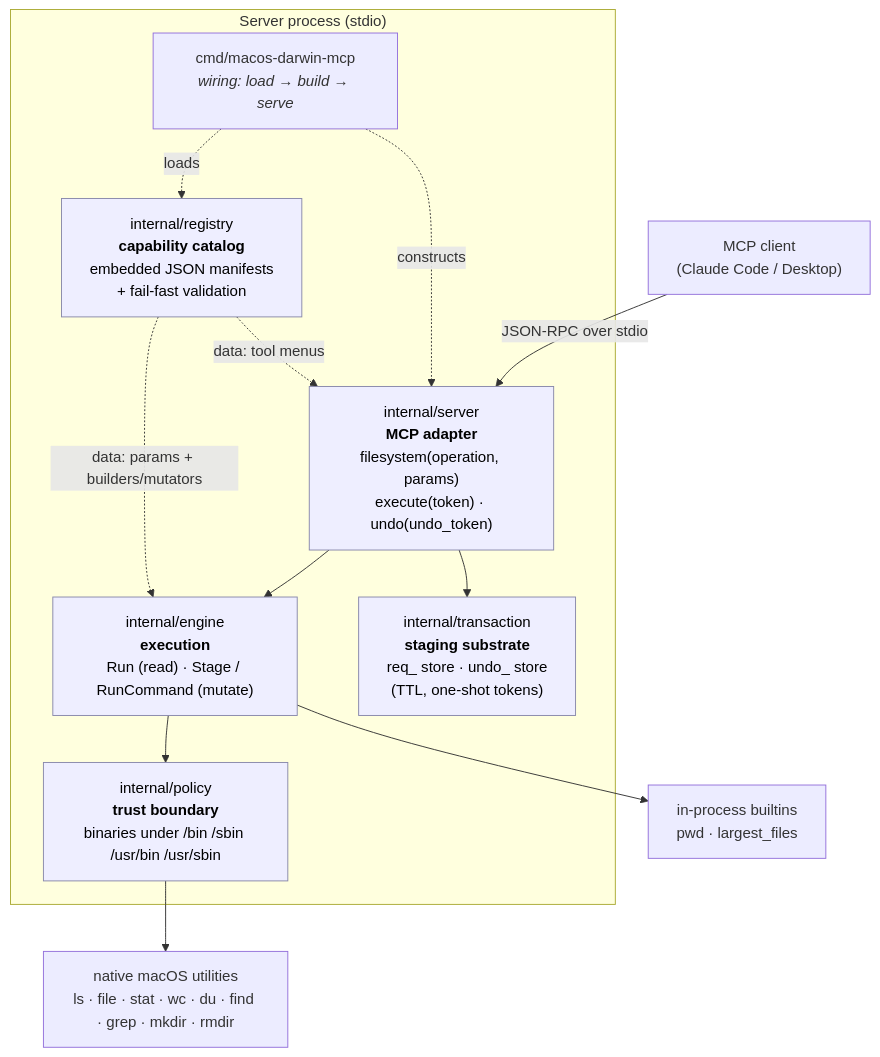
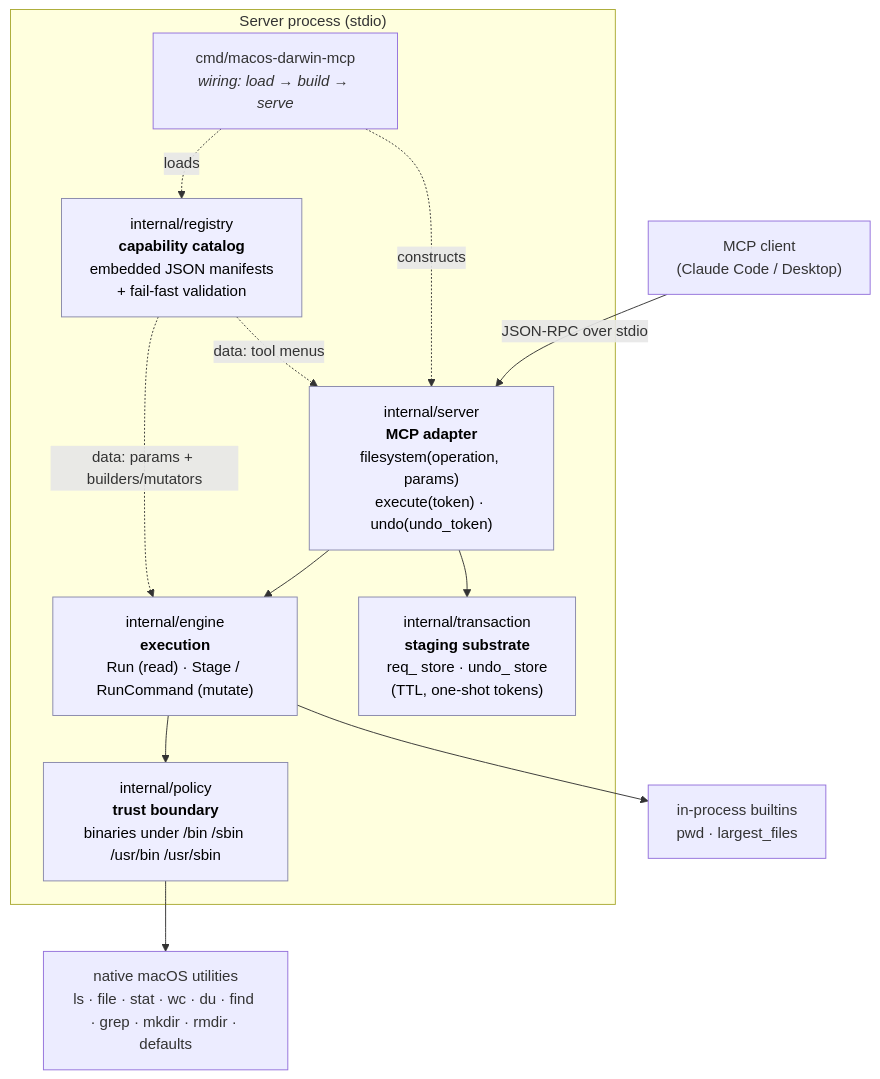
Before and after one commit to kinnoo-project/mcp-server-mac-os: the first of 3 diagrams in README.md, drawn with Mermaid. The commit also changed other lines of this file and 7 other files, not shown here.

````diff
--- a/README.md
+++ b/README.md
@@ -46,30 +47,30 @@
 ```mermaid
 flowchart TD
     Client["MCP client<br/>(Claude Code / Desktop)"]
 
     subgraph proc["Server process (stdio)"]
         Main["cmd/macos-darwin-mcp<br/><i>wiring: load → build → serve</i>"]
         ServerPkg["internal/server<br/><b>MCP adapter</b><br/>filesystem(operation, params)<br/>execute(token) · undo(undo_token)"]
         Engine["internal/engine<br/><b>execution</b><br/>Run (read) · Stage / RunCommand (mutate)"]
         Policy["internal/policy<br/><b>trust boundary</b><br/>binaries under /bin /sbin /usr/bin /usr/sbin"]
         Registry["internal/registry<br/><b>capability catalog</b><br/>embedded JSON manifests<br/>+ fail-fast validation"]
         Txn["internal/transaction<br/><b>staging substrate</b><br/>req_ store · undo_ store<br/>(TTL, one-shot tokens)"]
     end
 
-    Native["native macOS utilities<br/>ls · file · stat · wc · du · find · grep · mkdir · rmdir"]
+    Native["native macOS utilities<br/>ls · file · stat · wc · du · find · grep · mkdir · rmdir · defaults"]
     Builtin["in-process builtins<br/>pwd · largest_files"]
 
     Client -- "JSON-RPC over stdio" --> ServerPkg
     Main -. loads .-> Registry
     Main -. constructs .-> ServerPkg
     ServerPkg --> Engine
     ServerPkg --> Txn
     Engine --> Policy
     Policy --> Native
     Engine --> Builtin
     Registry -. "data: tool menus" .-> ServerPkg
     Registry -. "data: params + builders/mutators" .-> Engine
 
     classDef layer fill:#eef,stroke:#88a,color:#000;
     class ServerPkg,Engine,Policy,Registry,Txn layer;
 ```
````
